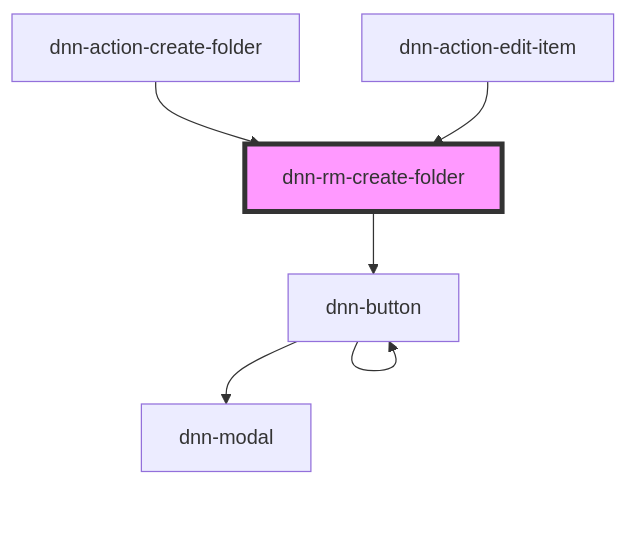
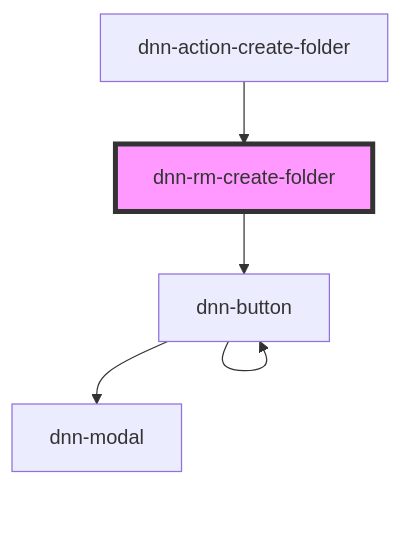
One commit to dnnsoftware/Dnn.Platform changed the diagram in DNN Platform/Modules/ResourceManager/ResourceManager.Web/src/components/dnn-rm-create-folder/readme.md. Above: the diagram before and after it, drawn with Mermaid. The commit also changed other lines of this file and 22 other files, not shown here.

Commit message:
Finished initial implemenation of edit-folder

````diff
--- a/DNN Platform/Modules/ResourceManager/ResourceManager.Web/src/components/dnn-rm-create-folder/readme.md
+++ b/DNN Platform/Modules/ResourceManager/ResourceManager.Web/src/components/dnn-rm-create-folder/readme.md
@@ -27,9 +26,8 @@
 ```mermaid
 graph TD;
   dnn-rm-create-folder --> dnn-button
   dnn-button --> dnn-modal
   dnn-button --> dnn-button
   dnn-action-create-folder --> dnn-rm-create-folder
-  dnn-action-edit-item --> dnn-rm-create-folder
   style dnn-rm-create-folder fill:#f9f,stroke:#333,stroke-width:4px
 ```
````
